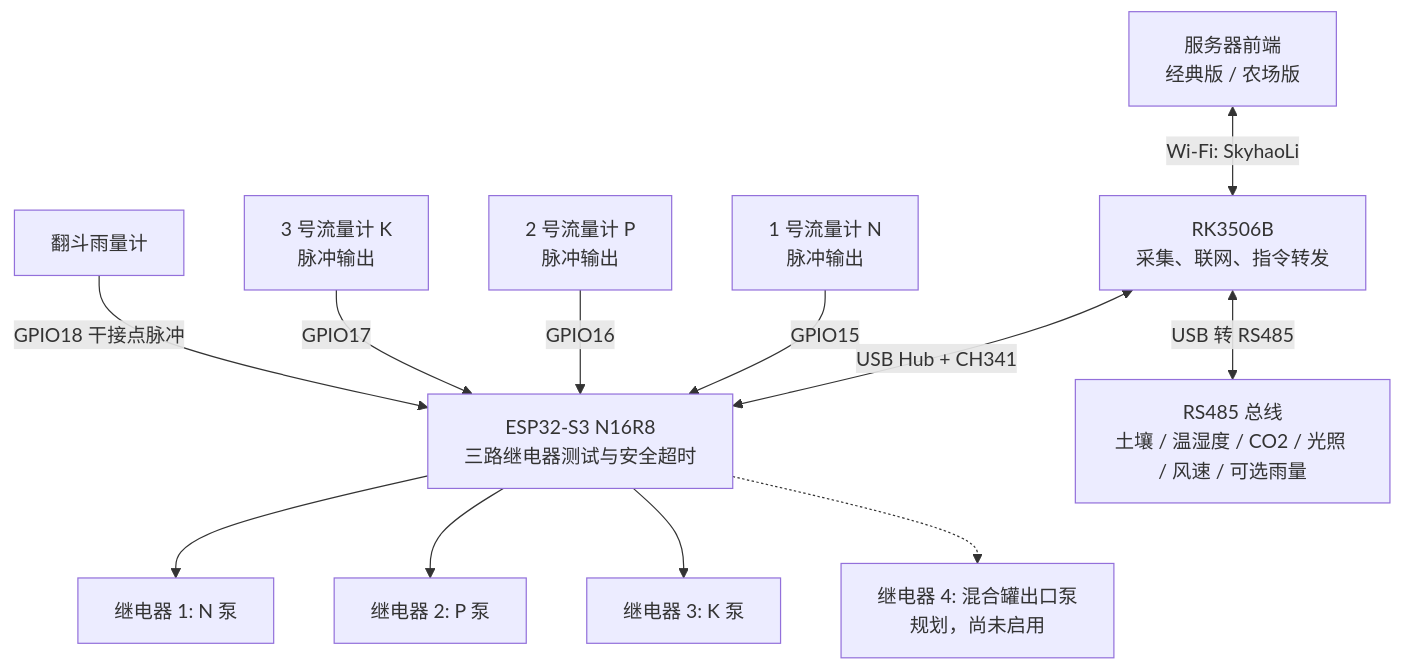
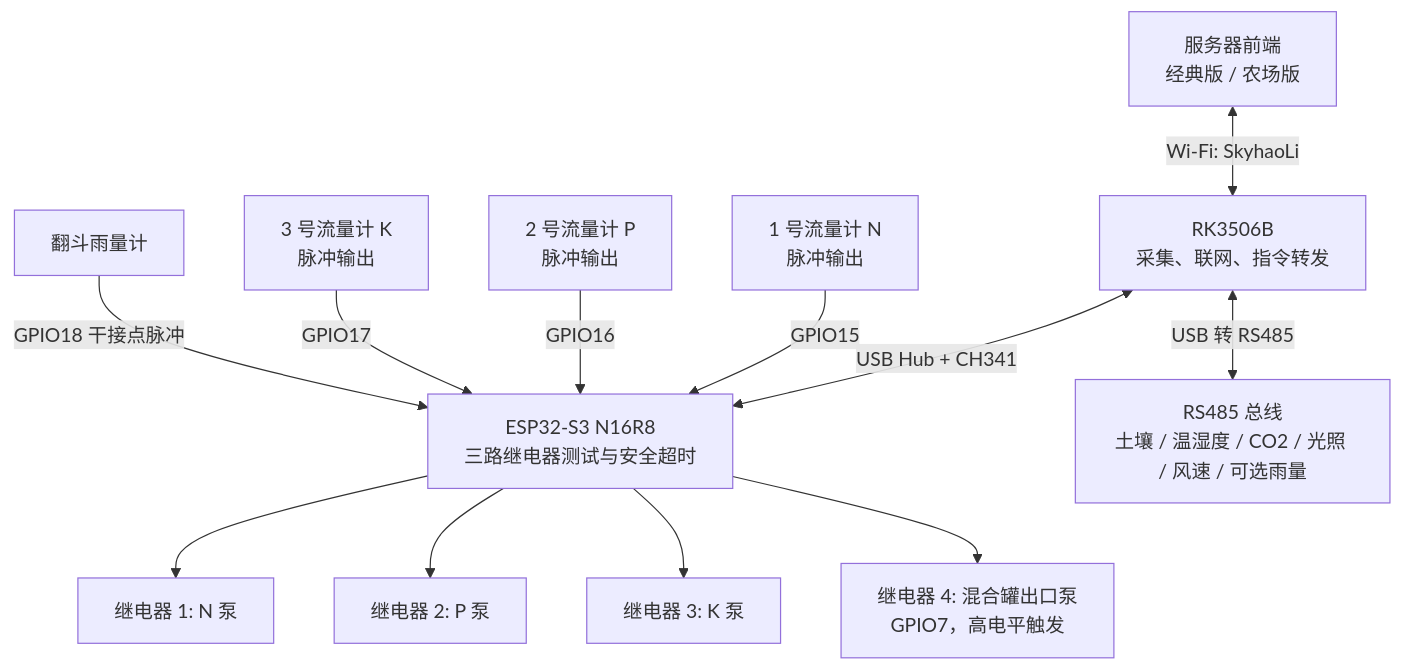
Before and after one commit to SkyhaoLi/ZhiRun: the diagram in docs/RK3506B_ESP32_继电器_USB485_接线拓扑.md, drawn with Mermaid. The commit also changed other lines of this file and 2 other files, not shown here.

````diff
--- a/docs/RK3506B_ESP32_继电器_USB485_接线拓扑.md
+++ b/docs/RK3506B_ESP32_继电器_USB485_接线拓扑.md
@@ -32,15 +32,15 @@
 ```mermaid
 flowchart TB
     WEB["服务器前端<br/>经典版 / 农场版"] <-->|Wi-Fi: SkyhaoLi| RK["RK3506B<br/>采集、联网、指令转发"]
     RK <-->|USB Hub + CH341| ESP["ESP32-S3 N16R8<br/>三路继电器测试与安全超时"]
     RK <-->|USB 转 RS485| BUS["RS485 总线<br/>土壤 / 温湿度 / CO2 / 光照 / 风速 / 可选雨量"]
 
     ESP --> R1["继电器 1: N 泵"]
     ESP --> R2["继电器 2: P 泵"]
     ESP --> R3["继电器 3: K 泵"]
-    ESP -.-> R4["继电器 4: 混合罐出口泵<br/>规划，尚未启用"]
+    ESP --> R4["继电器 4: 混合罐出口泵<br/>GPIO7，高电平触发"]
 F1["1 号流量计 N<br/>脉冲输出"] -->|GPIO15| ESP
 F2["2 号流量计 P<br/>脉冲输出"] -->|GPIO16| ESP
 F3["3 号流量计 K<br/>脉冲输出"] -->|GPIO17| ESP
     RAIN["翻斗雨量计"] -->|GPIO18 干接点脉冲| ESP
 ```
````
